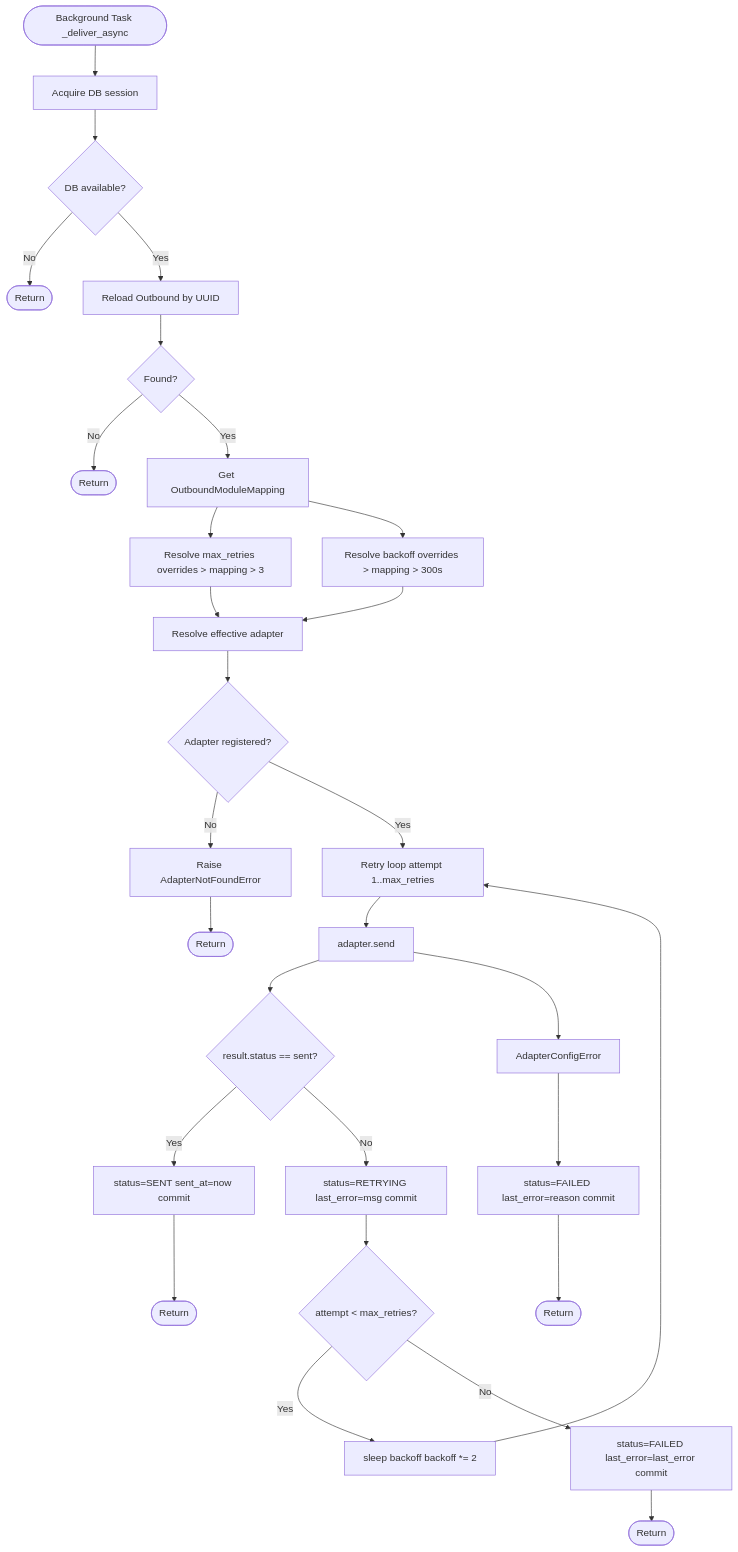
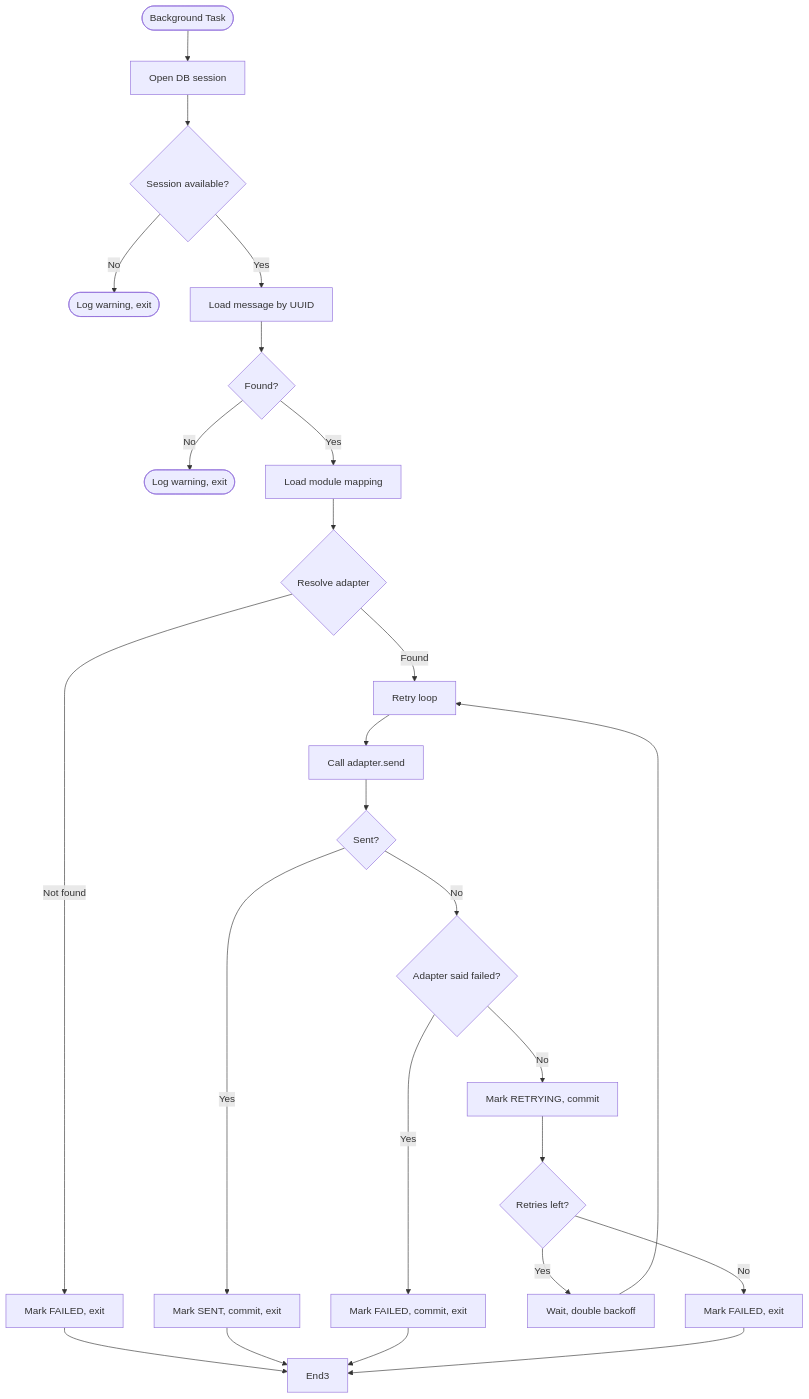
The fourth of 4 diagrams in README.md (TNet-Tech/chacc_outbound), drawn with Mermaid before and after one commit. The commit also changed other lines of this file, not shown here.

````diff
--- a/README.md
+++ b/README.md
@@ -320,31 +365,27 @@
 ```mermaid
 flowchart TD
-    Start([Background Task _deliver_async]) --> A[Acquire DB session]
-    A --> B{DB available?}
-    B -->|No| End1([Return])
-    B -->|Yes| C[Reload Outbound by UUID]
+    Start([Background Task]) --> A[Open DB session]
+    A --> B{Session available?}
+    B -->|No| End1([Log warning, exit])
+    B -->|Yes| C[Load message by UUID]
     C --> D{Found?}
-    D -->|No| End2([Return])
-    D -->|Yes| E[Get OutboundModuleMapping]
-    E --> F[Resolve max_retries overrides > mapping > 3]
-    E --> G[Resolve backoff overrides > mapping > 300s]
-    F --> H[Resolve effective adapter]
-    G --> H
-    H --> I{Adapter registered?}
-    I -->|No| Error1[Raise AdapterNotFoundError]
-    I -->|Yes| J[Retry loop attempt 1..max_retries]
-    J --> K[adapter.send]
-    K --> L{result.status == sent?}
-    L -->|Yes| M[status=SENT sent_at=now commit]
-    M --> End3([Return])
-    L -->|No| N[status=RETRYING last_error=msg commit]
-    N --> O{attempt < max_retries?}
-    O -->|Yes| P[sleep backoff backoff *= 2]
-    P --> J
-    O -->|No| Q[status=FAILED last_error=last_error commit]
-    Q --> End4([Return])
-    Error1 --> End5([Return])
-    K --> AdapterConfigError1[AdapterConfigError]
-    AdapterConfigError1 --> Error2[status=FAILED last_error=reason commit]
-    Error2 --> End6([Return])
+    D -->|No| End2([Log warning, exit])
+    D -->|Yes| E[Load module mapping]
+    E --> F{Resolve adapter}
+    F -->|Not found| G[Mark FAILED, exit]
+    F -->|Found| H[Retry loop]
+    H --> I[Call adapter.send]
+    I --> J{Sent?}
+    J -->|Yes| K[Mark SENT, commit, exit]
+    J -->|No| L{Adapter said failed?}
+    L -->|Yes| M[Mark FAILED, commit, exit]
+    L -->|No| N[Mark RETRYING, commit]
+    N --> O{Retries left?}
+    O -->|Yes| P[Wait, double backoff]
+    P --> H
+    O -->|No| Q[Mark FAILED, exit]
+    G --> End3
+    K --> End3
+    M --> End3
+    Q --> End3
 ```
````
